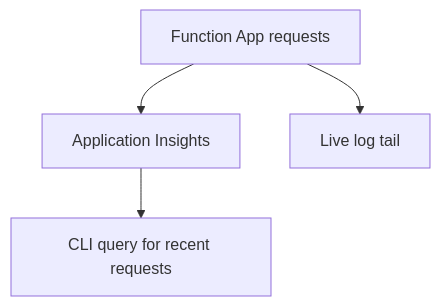
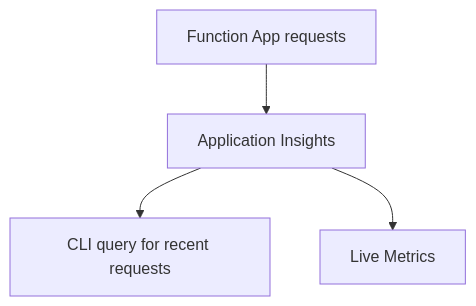
The second of 2 diagrams in docs/language-guides/python/tutorial/consumption/04-logging-monitoring.md (yeongseon/azure-functions-practical-guide), drawn with Mermaid before and after one commit. The commit also changed other lines of this file and 4 other files, not shown here.

First line of the commit message:
docs(diagrams): clarify Python logging and monitoring tutorial figures (#550)

````diff
--- a/docs/language-guides/python/tutorial/consumption/04-logging-monitoring.md
+++ b/docs/language-guides/python/tutorial/consumption/04-logging-monitoring.md
@@ -80,6 +115,8 @@
 ```mermaid
 flowchart TD
+    accTitle: Python Linux Consumption monitoring verification
+    accDescr: Request telemetry is collected in configured Application Insights and queried by CLI. Live Metrics is a separate near-real-time view, not built-in log tailing, which Linux Consumption does not support.
     A[Function App requests] --> B[Application Insights]
     B --> C[CLI query for recent requests]
-    A --> D[Live log tail]
+    B --> D[Live Metrics]
 ```
````
